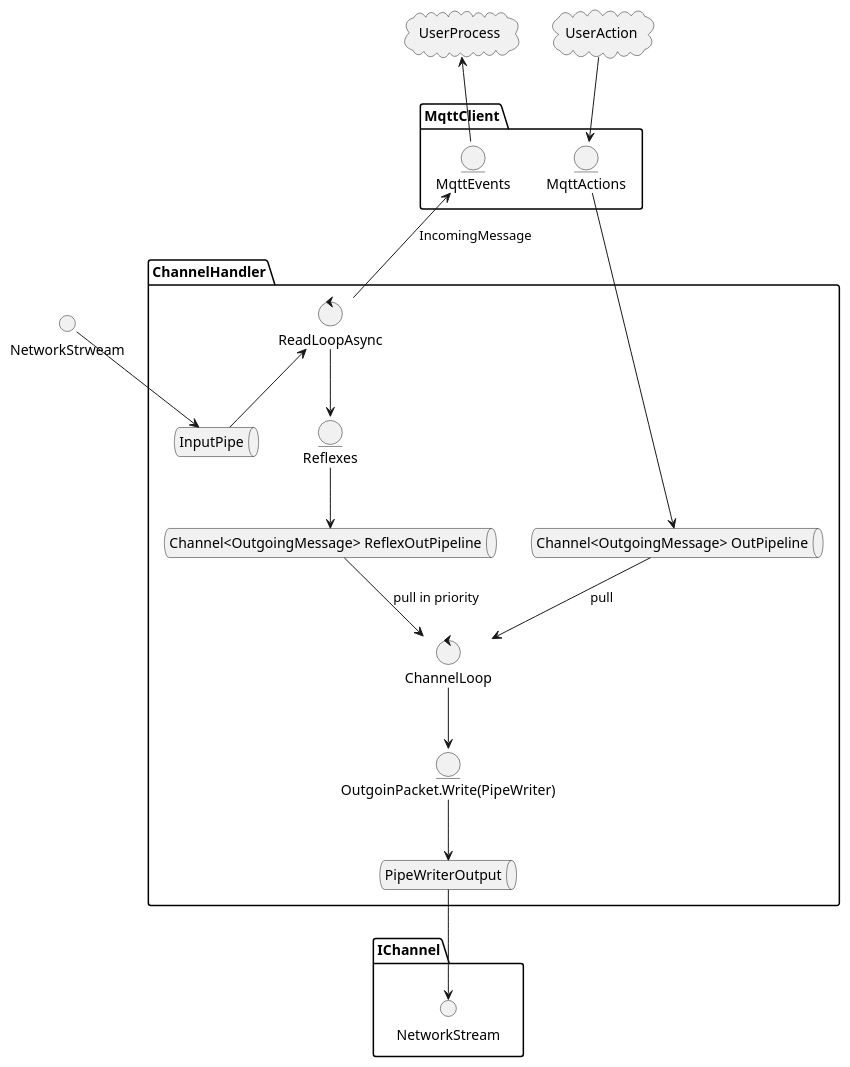
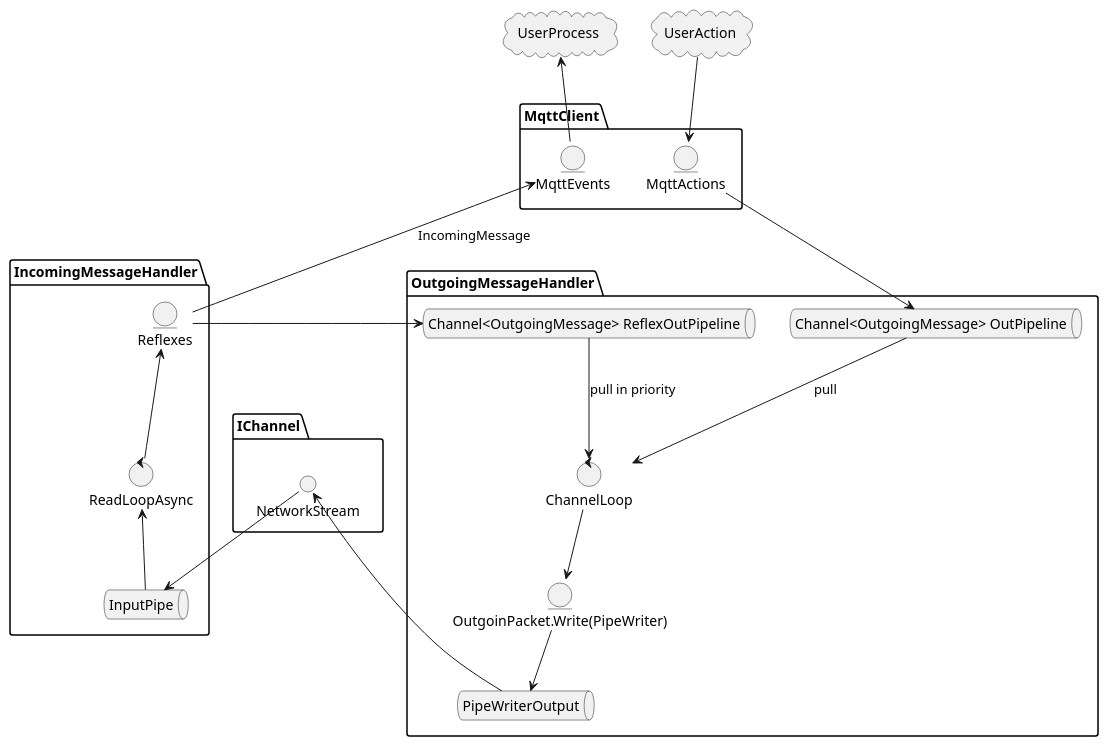
The diagram in Doc/architecture.puml (signature-opensource/CK-MQTT), drawn with PlantUML before and after one commit. The commit also changed 13 other files, not shown here.

```diff
--- a/Doc/architecture.puml
+++ b/Doc/architecture.puml
@@ -1,49 +1,50 @@
 @startuml
 package IChannel {
     interface NetworkStream
 }
-package ChannelHandler {
-    queue PipeWriterOutput
+package IncomingMessageHandler {
     queue InputPipe
     control ReadLoopAsync
+    entity Reflexes
+}
+
+package OutgoingMessageHandler {
     control ChannelLoop
+    queue PipeWriterOutput
     queue OutPipeline [
         Channel<OutgoingMessage> OutPipeline
     ]
 
     queue ReflexOutPipeline [
         Channel<OutgoingMessage> ReflexOutPipeline
     ]
 
     entity OutgoinPacket [
         OutgoinPacket.Write(PipeWriter)
     ]
-
-    entity Reflexes
-
 }
 
 package MqttClient {
     entity MqttEvents
     entity MqttActions
 }
 
 MqttActions --> OutPipeline
-NetworkStrweam --> InputPipe
+NetworkStream --> InputPipe
 PipeWriterOutput --> NetworkStream
 
 OutgoinPacket --> PipeWriterOutput
 OutPipeline --> ChannelLoop : pull
 ReflexOutPipeline --> ChannelLoop : pull in priority
 ChannelLoop --> OutgoinPacket
 
 
 ReadLoopAsync <-- InputPipe
-ReadLoopAsync --> Reflexes
-MqttEvents <-- ReadLoopAsync : IncomingMessage
+Reflexes <-- ReadLoopAsync
+MqttEvents <-- Reflexes : IncomingMessage
 Reflexes --> ReflexOutPipeline
 cloud UserProcess
 UserProcess <-- MqttEvents
 cloud UserAction
 UserAction --> MqttActions
 @enduml
```
